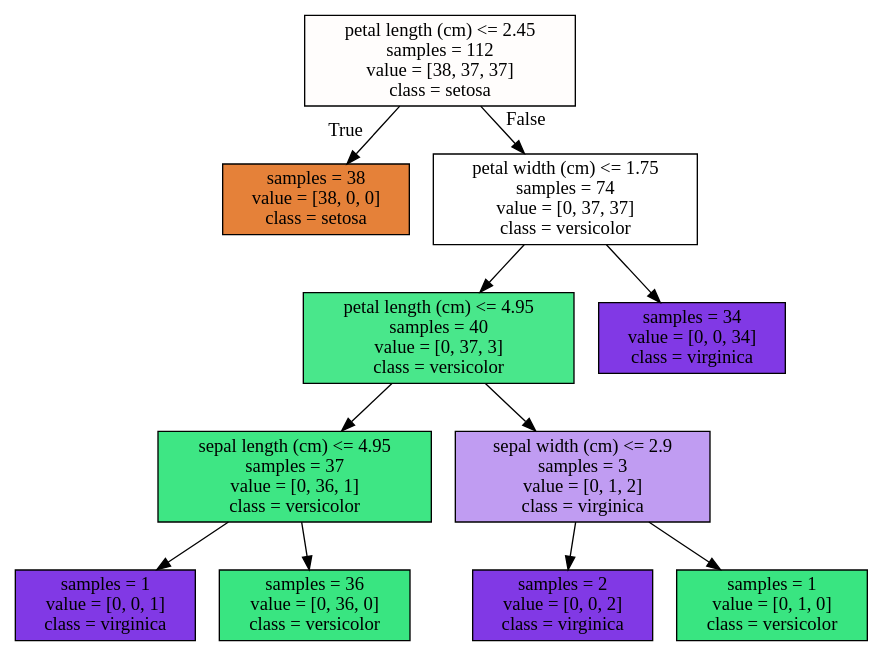
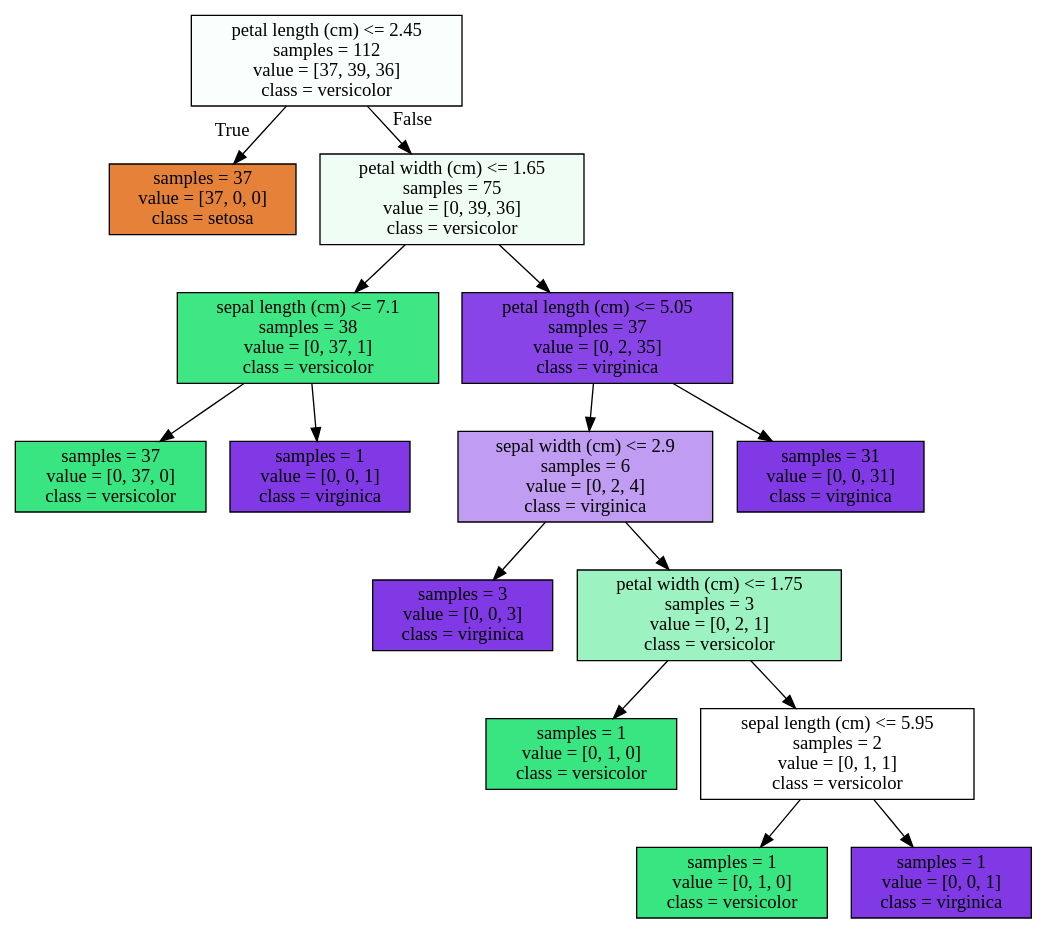
One commit to EnzoLivelli2000/-rbol-Decisiones changed the diagram in arbol.dot. Above: the diagram before and after it, drawn with Graphviz. The commit also changed 5 other files, not shown here.

```diff
--- a/arbol.dot
+++ b/arbol.dot
@@ -1,24 +1,32 @@
 digraph Tree {
 node [shape=box, style="filled", color="black"] ;
-0 [label="petal length (cm) <= 2.45\nsamples = 112\nvalue = [38, 37, 37]\nclass = setosa", fillcolor="#fffdfc"] ;
-1 [label="samples = 38\nvalue = [38, 0, 0]\nclass = setosa", fillcolor="#e58139"] ;
+0 [label="petal length (cm) <= 2.45\nsamples = 112\nvalue = [37, 39, 36]\nclass = versicolor", fillcolor="#fafefc"] ;
+1 [label="samples = 37\nvalue = [37, 0, 0]\nclass = setosa", fillcolor="#e58139"] ;
 0 -> 1 [labeldistance=2.5, labelangle=45, headlabel="True"] ;
-2 [label="petal width (cm) <= 1.75\nsamples = 74\nvalue = [0, 37, 37]\nclass = versicolor", fillcolor="#ffffff"] ;
+2 [label="petal width (cm) <= 1.65\nsamples = 75\nvalue = [0, 39, 36]\nclass = versicolor", fillcolor="#f0fdf5"] ;
 0 -> 2 [labeldistance=2.5, labelangle=-45, headlabel="False"] ;
-3 [label="petal length (cm) <= 4.95\nsamples = 40\nvalue = [0, 37, 3]\nclass = versicolor", fillcolor="#49e78b"] ;
+3 [label="sepal length (cm) <= 7.1\nsamples = 38\nvalue = [0, 37, 1]\nclass = versicolor", fillcolor="#3ee684"] ;
 2 -> 3 ;
-4 [label="sepal length (cm) <= 4.95\nsamples = 37\nvalue = [0, 36, 1]\nclass = versicolor", fillcolor="#3ee684"] ;
+4 [label="samples = 37\nvalue = [0, 37, 0]\nclass = versicolor", fillcolor="#39e581"] ;
 3 -> 4 ;
 5 [label="samples = 1\nvalue = [0, 0, 1]\nclass = virginica", fillcolor="#8139e5"] ;
-4 -> 5 ;
-6 [label="samples = 36\nvalue = [0, 36, 0]\nclass = versicolor", fillcolor="#39e581"] ;
-4 -> 6 ;
-7 [label="sepal width (cm) <= 2.9\nsamples = 3\nvalue = [0, 1, 2]\nclass = virginica", fillcolor="#c09cf2"] ;
-3 -> 7 ;
-8 [label="samples = 2\nvalue = [0, 0, 2]\nclass = virginica", fillcolor="#8139e5"] ;
+3 -> 5 ;
+6 [label="petal length (cm) <= 5.05\nsamples = 37\nvalue = [0, 2, 35]\nclass = virginica", fillcolor="#8844e6"] ;
+2 -> 6 ;
+7 [label="sepal width (cm) <= 2.9\nsamples = 6\nvalue = [0, 2, 4]\nclass = virginica", fillcolor="#c09cf2"] ;
+6 -> 7 ;
+8 [label="samples = 3\nvalue = [0, 0, 3]\nclass = virginica", fillcolor="#8139e5"] ;
 7 -> 8 ;
-9 [label="samples = 1\nvalue = [0, 1, 0]\nclass = versicolor", fillcolor="#39e581"] ;
+9 [label="petal width (cm) <= 1.75\nsamples = 3\nvalue = [0, 2, 1]\nclass = versicolor", fillcolor="#9cf2c0"] ;
 7 -> 9 ;
-10 [label="samples = 34\nvalue = [0, 0, 34]\nclass = virginica", fillcolor="#8139e5"] ;
-2 -> 10 ;
+10 [label="samples = 1\nvalue = [0, 1, 0]\nclass = versicolor", fillcolor="#39e581"] ;
+9 -> 10 ;
+11 [label="sepal length (cm) <= 5.95\nsamples = 2\nvalue = [0, 1, 1]\nclass = versicolor", fillcolor="#ffffff"] ;
+9 -> 11 ;
+12 [label="samples = 1\nvalue = [0, 1, 0]\nclass = versicolor", fillcolor="#39e581"] ;
+11 -> 12 ;
+13 [label="samples = 1\nvalue = [0, 0, 1]\nclass = virginica", fillcolor="#8139e5"] ;
+11 -> 13 ;
+14 [label="samples = 31\nvalue = [0, 0, 31]\nclass = virginica", fillcolor="#8139e5"] ;
+6 -> 14 ;
 }
```
